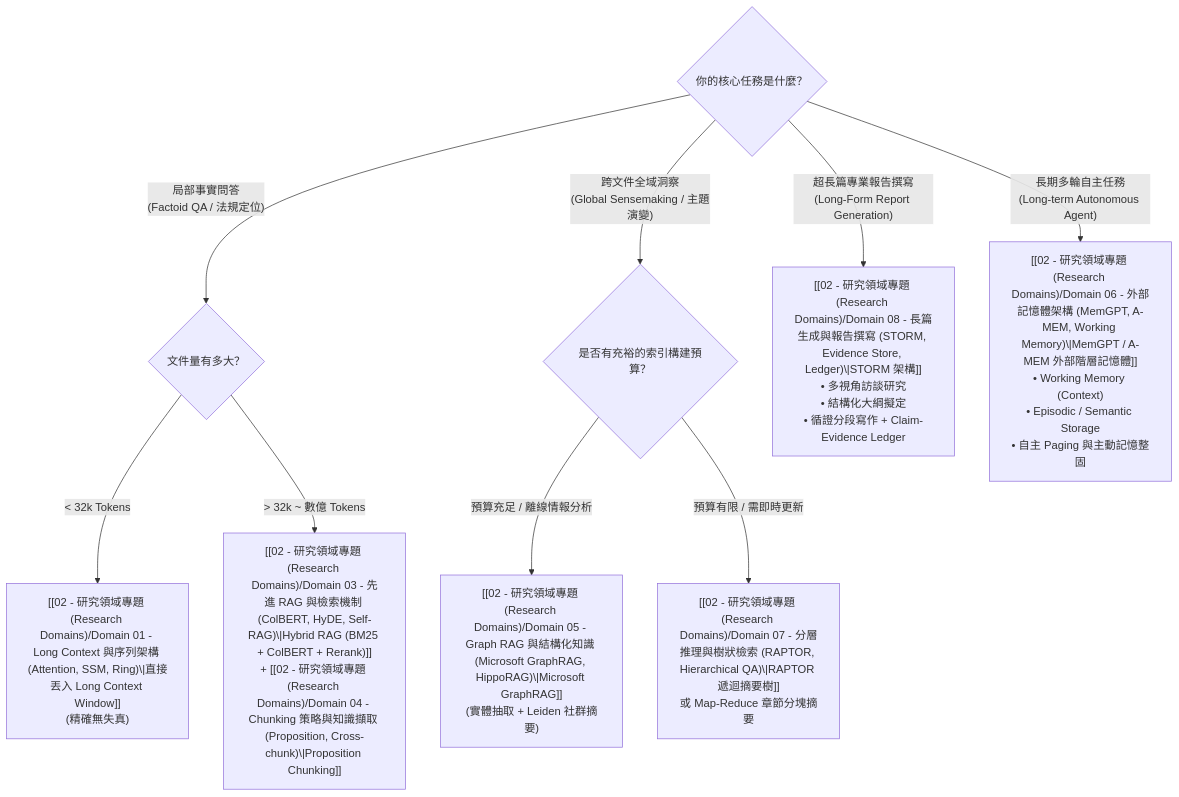
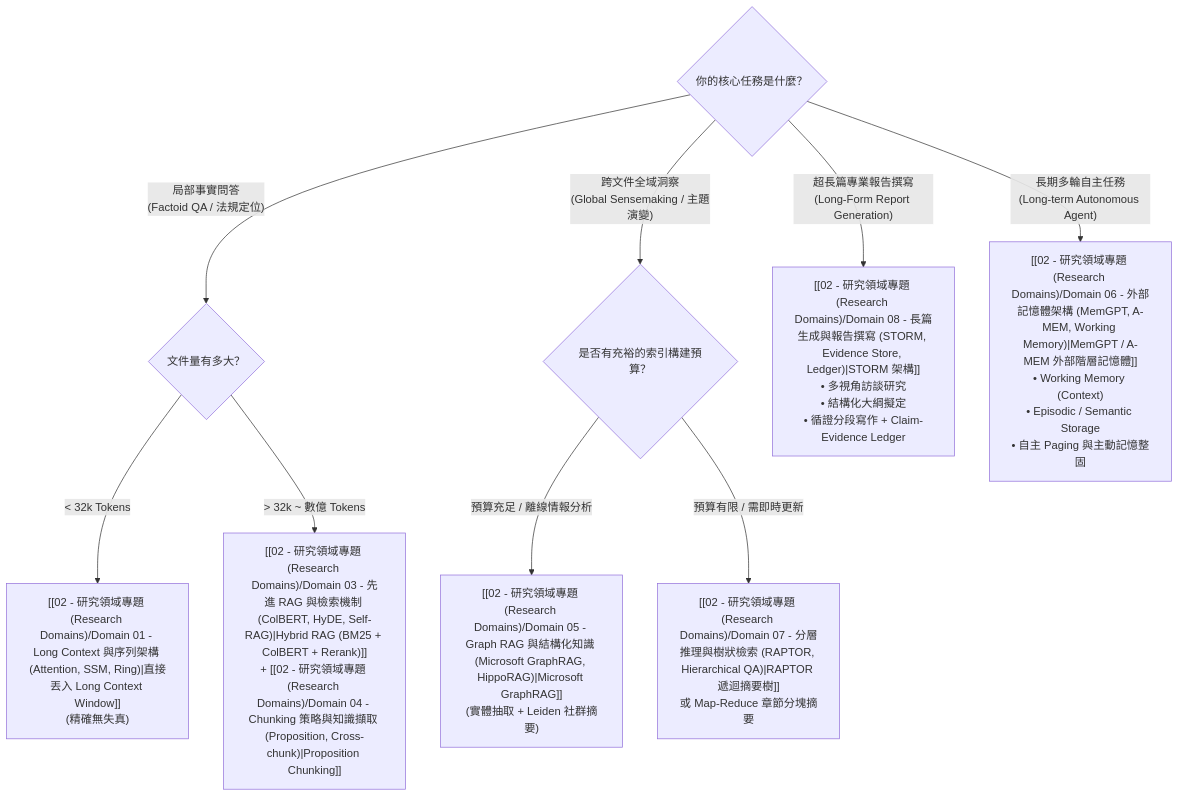
The first of 2 diagrams in 00 - 導覽與心智圖 (Navigation & MOC)/技術全景與 Pareto 權衡分析 (Trade-offs).md (Cycl0n3-ga/RAG-survey), drawn with Mermaid before and after one commit. The commit also changed other lines of this file and 6 other files, not shown here.

````diff
--- a/00 - 導覽與心智圖 (Navigation & MOC)/技術全景與 Pareto 權衡分析 (Trade-offs).md
+++ b/00 - 導覽與心智圖 (Navigation & MOC)/技術全景與 Pareto 權衡分析 (Trade-offs).md
@@ -34,16 +36,16 @@
 ```mermaid
 flowchart TD
     Q1{"你的核心任務是什麼？"}
 
     Q1 -->|"局部事實問答<br>(Factoid QA / 法規定位)"| C1{"文件量有多大？"}
-    C1 -->|"< 32k Tokens"| A1["[[02 - 研究領域專題 (Research Domains)/Domain 01 - Long Context 與序列架構 (Attention, SSM, Ring)\|直接丟入 Long Context Window]]<br>(精確無失真)"]
-    C1 -->|"> 32k ~ 數億 Tokens"| A2["[[02 - 研究領域專題 (Research Domains)/Domain 03 - 先進 RAG 與檢索機制 (ColBERT, HyDE, Self-RAG)\|Hybrid RAG (BM25 + ColBERT + Rerank)]]<br>+ [[02 - 研究領域專題 (Research Domains)/Domain 04 - Chunking 策略與知識擷取 (Proposition, Cross-chunk)\|Proposition Chunking]]"]
+    C1 -->|"< 32k Tokens"| A1["[[02 - 研究領域專題 (Research Domains)/Domain 01 - Long Context 與序列架構 (Attention, SSM, Ring)|直接丟入 Long Context Window]]<br>(精確無失真)"]
+    C1 -->|"> 32k ~ 數億 Tokens"| A2["[[02 - 研究領域專題 (Research Domains)/Domain 03 - 先進 RAG 與檢索機制 (ColBERT, HyDE, Self-RAG)|Hybrid RAG (BM25 + ColBERT + Rerank)]]<br>+ [[02 - 研究領域專題 (Research Domains)/Domain 04 - Chunking 策略與知識擷取 (Proposition, Cross-chunk)|Proposition Chunking]]"]
 
     Q1 -->|"跨文件全域洞察<br>(Global Sensemaking / 主題演變)"| C2{"是否有充裕的索引構建預算？"}
-    C2 -->|"預算充足 / 離線情報分析"| B1["[[02 - 研究領域專題 (Research Domains)/Domain 05 - Graph RAG 與結構化知識 (Microsoft GraphRAG, HippoRAG)\|Microsoft GraphRAG]]<br>(實體抽取 + Leiden 社群摘要)"]
-    C2 -->|"預算有限 / 需即時更新"| B2["[[02 - 研究領域專題 (Research Domains)/Domain 07 - 分層推理與樹狀檢索 (RAPTOR, Hierarchical QA)\|RAPTOR 遞迴摘要樹]]<br>或 Map-Reduce 章節分塊摘要"]
+    C2 -->|"預算充足 / 離線情報分析"| B1["[[02 - 研究領域專題 (Research Domains)/Domain 05 - Graph RAG 與結構化知識 (Microsoft GraphRAG, HippoRAG)|Microsoft GraphRAG]]<br>(實體抽取 + Leiden 社群摘要)"]
+    C2 -->|"預算有限 / 需即時更新"| B2["[[02 - 研究領域專題 (Research Domains)/Domain 07 - 分層推理與樹狀檢索 (RAPTOR, Hierarchical QA)|RAPTOR 遞迴摘要樹]]<br>或 Map-Reduce 章節分塊摘要"]
 
-    Q1 -->|"超長篇專業報告撰寫<br>(Long-Form Report Generation)"| D1["[[02 - 研究領域專題 (Research Domains)/Domain 08 - 長篇生成與報告撰寫 (STORM, Evidence Store, Ledger)\|STORM 架構]]<br>• 多視角訪談研究<br>• 結構化大綱擬定<br>• 循證分段寫作 + Claim-Evidence Ledger"]
+    Q1 -->|"超長篇專業報告撰寫<br>(Long-Form Report Generation)"| D1["[[02 - 研究領域專題 (Research Domains)/Domain 08 - 長篇生成與報告撰寫 (STORM, Evidence Store, Ledger)|STORM 架構]]<br>• 多視角訪談研究<br>• 結構化大綱擬定<br>• 循證分段寫作 + Claim-Evidence Ledger"]
 
-    Q1 -->|"長期多輪自主任務<br>(Long-term Autonomous Agent)"| E1["[[02 - 研究領域專題 (Research Domains)/Domain 06 - 外部記憶體架構 (MemGPT, A-MEM, Working Memory)\|MemGPT / A-MEM 外部階層記憶體]]<br>• Working Memory (Context)<br>• Episodic / Semantic Storage<br>• 自主 Paging 與主動記憶整固"]
+    Q1 -->|"長期多輪自主任務<br>(Long-term Autonomous Agent)"| E1["[[02 - 研究領域專題 (Research Domains)/Domain 06 - 外部記憶體架構 (MemGPT, A-MEM, Working Memory)|MemGPT / A-MEM 外部階層記憶體]]<br>• Working Memory (Context)<br>• Episodic / Semantic Storage<br>• 自主 Paging 與主動記憶整固"]
 ```
````
